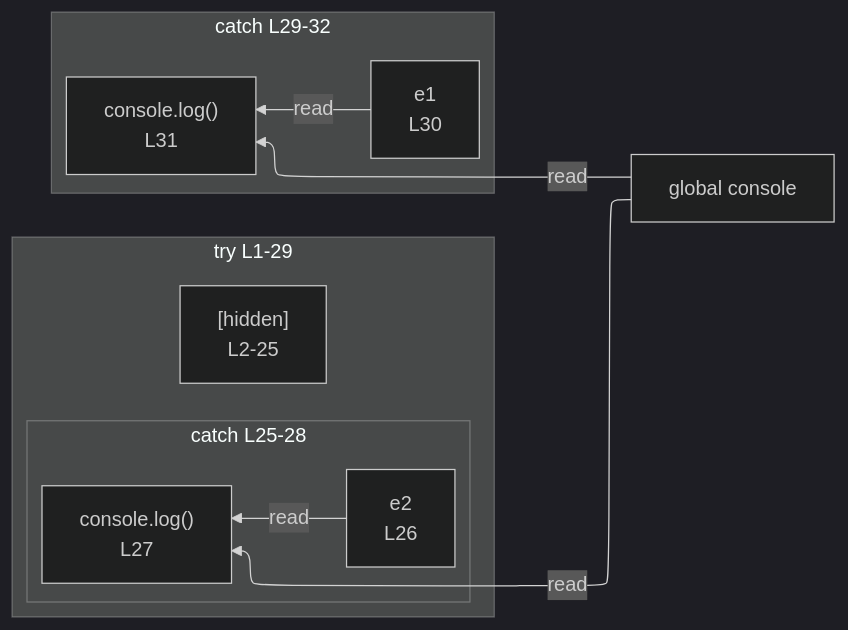
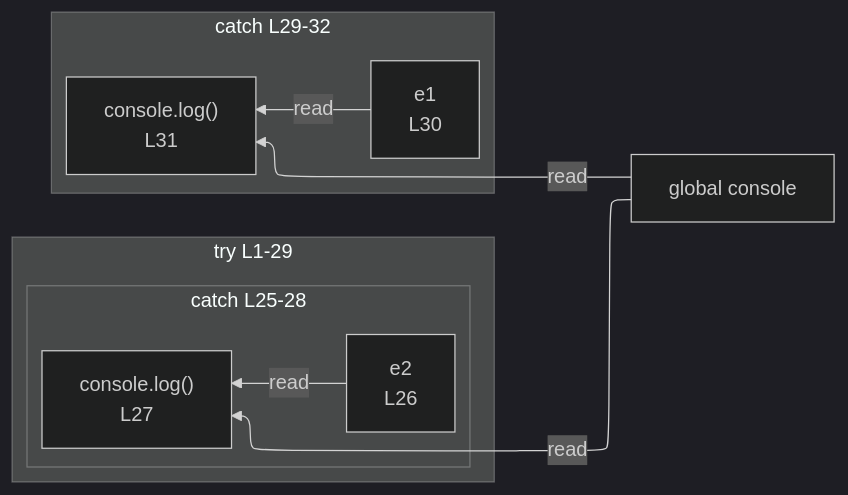
One commit to crescware/unsnarl changed the diagram in integration/fixtures/app-behavior/depth/try-catch-finally/depth-1/preview.md. Above: the diagram before and after it, drawn with Mermaid (dark theme). The commit also changed 96 other files, not shown here.

````diff
--- a/integration/fixtures/app-behavior/depth/try-catch-finally/depth-1/preview.md
+++ b/integration/fixtures/app-behavior/depth/try-catch-finally/depth-1/preview.md
@@ -42,23 +42,22 @@
 ```mermaid
 %%{init: {"flowchart": {"defaultRenderer": "elk"}}}%%
 flowchart RL
   n_scope_0_console_103["global console"]
   subgraph s_scope_1["try L1-29"]
     direction RL
-    collapsed_scope_2["[hidden]<br/>L2-25"]
     subgraph s_scope_11["catch L25-28"]
       direction RL
       n_scope_11_e2_453["e2<br/>L26"]
       expr_stmt_468["console.log()<br/>L27"]
     end
   end
   subgraph s_scope_12["catch L29-32"]
     direction RL
     n_scope_12_e1_507["e1<br/>L30"]
     expr_stmt_520["console.log()<br/>L31"]
   end
   n_scope_0_console_103 -->|read| expr_stmt_468
   n_scope_11_e2_453 -->|read| expr_stmt_468
   n_scope_0_console_103 -->|read| expr_stmt_520
   n_scope_12_e1_507 -->|read| expr_stmt_520
 ```
````
